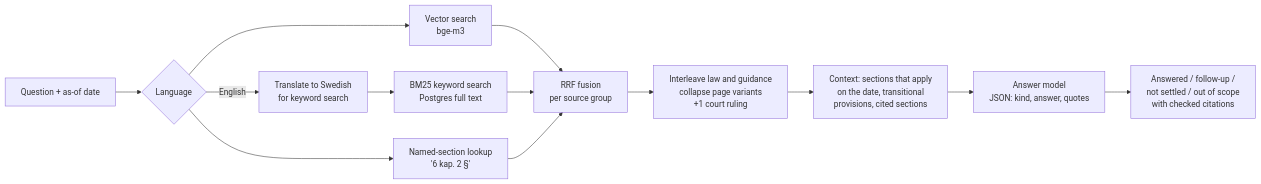
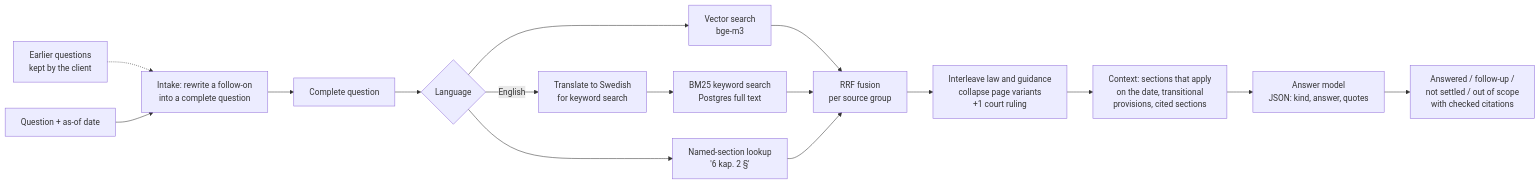
One commit to bxljoy/permitnav changed the diagram in README.md. Above: the diagram before and after it, drawn with Mermaid. The commit also changed other lines of this file and 2 other files, not shown here.

````diff
--- a/README.md
+++ b/README.md
@@ -38,15 +38,18 @@
 ```mermaid
 flowchart LR
-    Q[Question + as-of date] --> L{Language}
+    H[Earlier questions<br/>kept by the client] -.-> IN[Intake: rewrite a follow-on<br/>into a complete question]
+    Q0[Question + as-of date] --> IN
+    IN --> Q[Complete question]
+    Q --> L{Language}
     L -->|English| T[Translate to Swedish<br/>for keyword search]
     L --> V[Vector search<br/>bge-m3]
     T --> K[BM25 keyword search<br/>Postgres full text]
     L --> N[Named-section lookup<br/>'6 kap. 2 §']
     V --> F[RRF fusion<br/>per source group]
     K --> F
     N --> F
     F --> I[Interleave law and guidance<br/>collapse page variants<br/>+1 court ruling]
     I --> C[Context: sections that apply<br/>on the date, transitional<br/>provisions, cited sections]
     C --> A[Answer model<br/>JSON: kind, answer, quotes]
     A --> R[Answered / follow-up /<br/>not settled / out of scope<br/>with checked citations]
 ```
````
